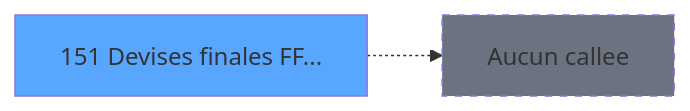
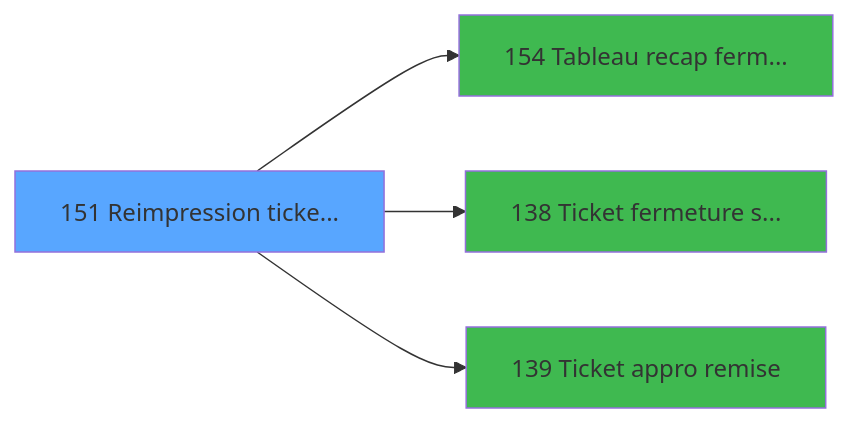
The third of 3 diagrams in .openspec/specs/ADH-IDE-151.md (thonyAGP/lecteur-magic), drawn with Mermaid before and after one commit. The commit also changed other lines of this file and 493 other files, not shown here.

````diff
--- a/.openspec/specs/ADH-IDE-151.md
+++ b/.openspec/specs/ADH-IDE-151.md
@@ -168,8 +500,14 @@
 ```mermaid
 graph LR
-    T151[151 Devises finales FF...]
+    T151[151 Reimpression ticke...]
     style T151 fill:#58a6ff
-    NONE[Aucun callee]
-    T151 -.-> NONE
-    style NONE fill:#6b7280,stroke-dasharray: 5 5
+    C154[154 Tableau recap ferm...]
+    T151 --> C154
+    style C154 fill:#3fb950
+    C138[138 Ticket fermeture s...]
+    T151 --> C138
+    style C138 fill:#3fb950
+    C139[139 Ticket appro remise]
+    T151 --> C139
+    style C139 fill:#3fb950
 ```
````
